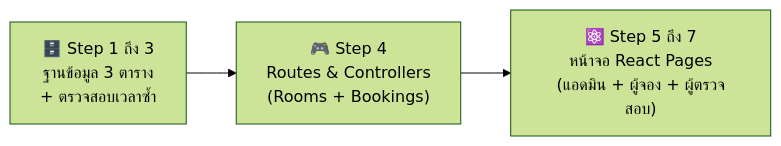
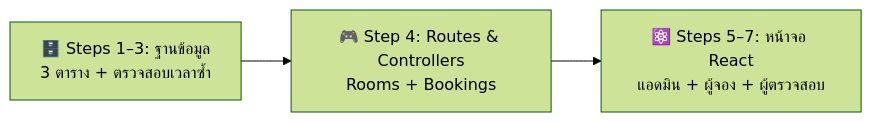
One commit to Krungsri/laravel-vibecode changed the first of 3 diagrams in 02-workshop.md. Above: the diagram before and after it, drawn with Mermaid (forest theme). The commit also changed other lines of this file and 1 other file, not shown here.

````diff
--- a/02-workshop.md
+++ b/02-workshop.md
@@ -27,5 +37,5 @@
 ```mermaid
 flowchart LR
-    A["🗄️ Step 1 ถึง 3\nฐานข้อมูล 3 ตาราง\n+ ตรวจสอบเวลาซ้ำ"] --> B["🎮 Step 4\nRoutes & Controllers\n(Rooms + Bookings)"]
-    B --> C["⚛️ Step 5 ถึง 7\nหน้าจอ React Pages\n(แอดมิน + ผู้จอง + ผู้ตรวจสอบ)"]
+    A["🗄️ Steps 1–3: ฐานข้อมูล<br>3 ตาราง + ตรวจสอบเวลาซ้ำ"] --> B["🎮 Step 4: Routes & Controllers<br>Rooms + Bookings"]
+    B --> C["⚛️ Steps 5–7: หน้าจอ React<br>แอดมิน + ผู้จอง + ผู้ตรวจสอบ"]
 ```
````
